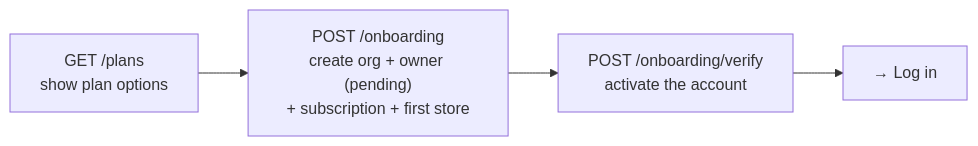
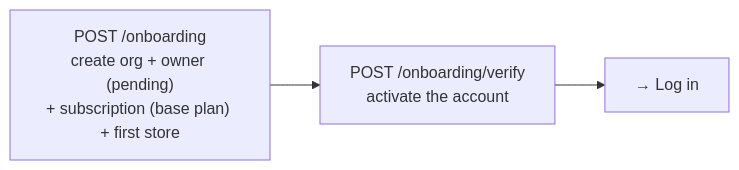
Before and after one commit to Shahrukh489/gekkosuite-api: the first of 6 diagrams in docs/api.md, drawn with Mermaid. The commit also changed other lines of this file and 3 other files, not shown here.

````diff
--- a/docs/api.md
+++ b/docs/api.md
@@ -85,6 +87,5 @@
 ```mermaid
 flowchart LR
-    A["GET /plans<br/>show plan options"] --> B["POST /onboarding<br/>create org + owner (pending)<br/>+ subscription + first store"]
-    B --> C["POST /onboarding/verify<br/>activate the account"]
+    B["POST /onboarding<br/>create org + owner (pending)<br/>+ subscription (base plan) + first store"] --> C["POST /onboarding/verify<br/>activate the account"]
     C --> D["→ Log in"]
 ```
````
